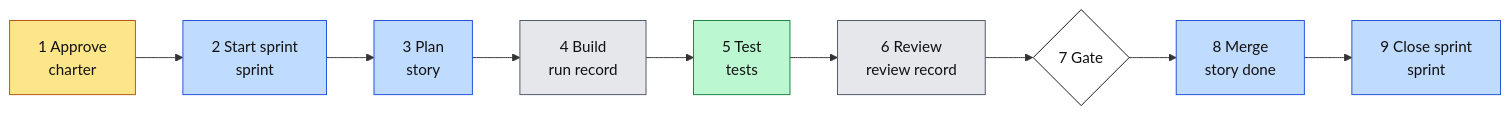
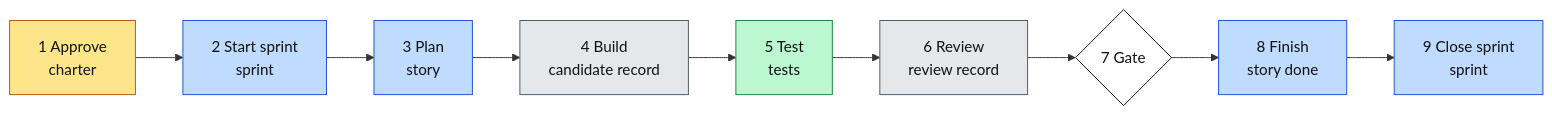
One commit to nguyenhoanhson797/Context-Rail changed the sixth of 6 diagrams in README.md. Above: the diagram before and after it, drawn with Mermaid. The commit also changed other lines of this file and 20 other files, not shown here.

````diff
--- a/README.md
+++ b/README.md
@@ -293,17 +297,17 @@
 ```mermaid
 flowchart LR
-    Q1["1 Approve<br/>charter"] --> Q2["2 Start sprint<br/>sprint"] --> Q3["3 Plan<br/>story"] --> Q4["4 Build<br/>run record"] --> Q5["5 Test<br/>tests"] --> Q6["6 Review<br/>review record"] --> Q7{"7 Gate"} --> Q8["8 Merge<br/>story done"] --> Q9["9 Close sprint<br/>sprint"]
+    Q1["1 Approve<br/>charter"] --> Q2["2 Start sprint<br/>sprint"] --> Q3["3 Plan<br/>story"] --> Q4["4 Build<br/>candidate record"] --> Q5["5 Test<br/>tests"] --> Q6["6 Review<br/>review record"] --> Q7{"7 Gate"} --> Q8["8 Finish<br/>story done"] --> Q9["9 Close sprint<br/>sprint"]
 
     classDef cPolicy fill:#fde68a,stroke:#b45309,color:#111
     classDef cItem fill:#bfdbfe,stroke:#1d4ed8,color:#111
     classDef cCheck fill:#bbf7d0,stroke:#15803d,color:#111
     classDef cRecord fill:#e5e7eb,stroke:#4b5563,color:#111
     classDef cNote fill:#fbcfe8,stroke:#be185d,color:#111
     classDef cActor fill:#ddd6fe,stroke:#6d28d9,color:#111
     classDef cGate fill:#fff,stroke:#111,color:#111
     class Q1 cPolicy
     class Q2,Q3,Q8,Q9 cItem
     class Q4,Q6 cRecord
     class Q5 cCheck
     class Q7 cGate
 ```
````
